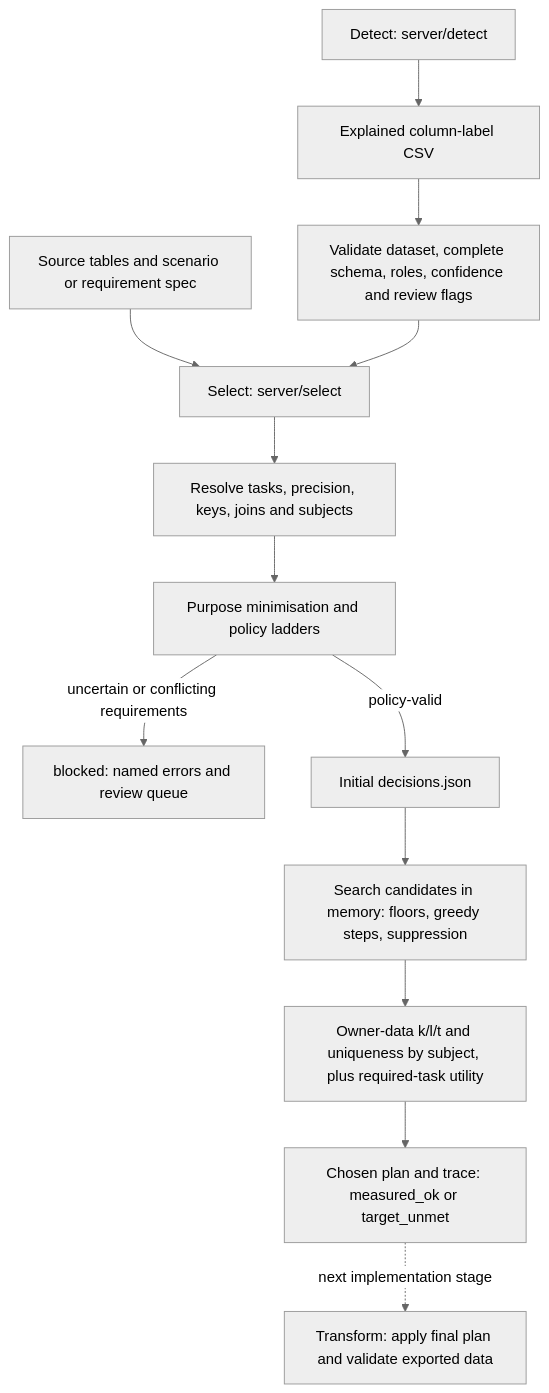
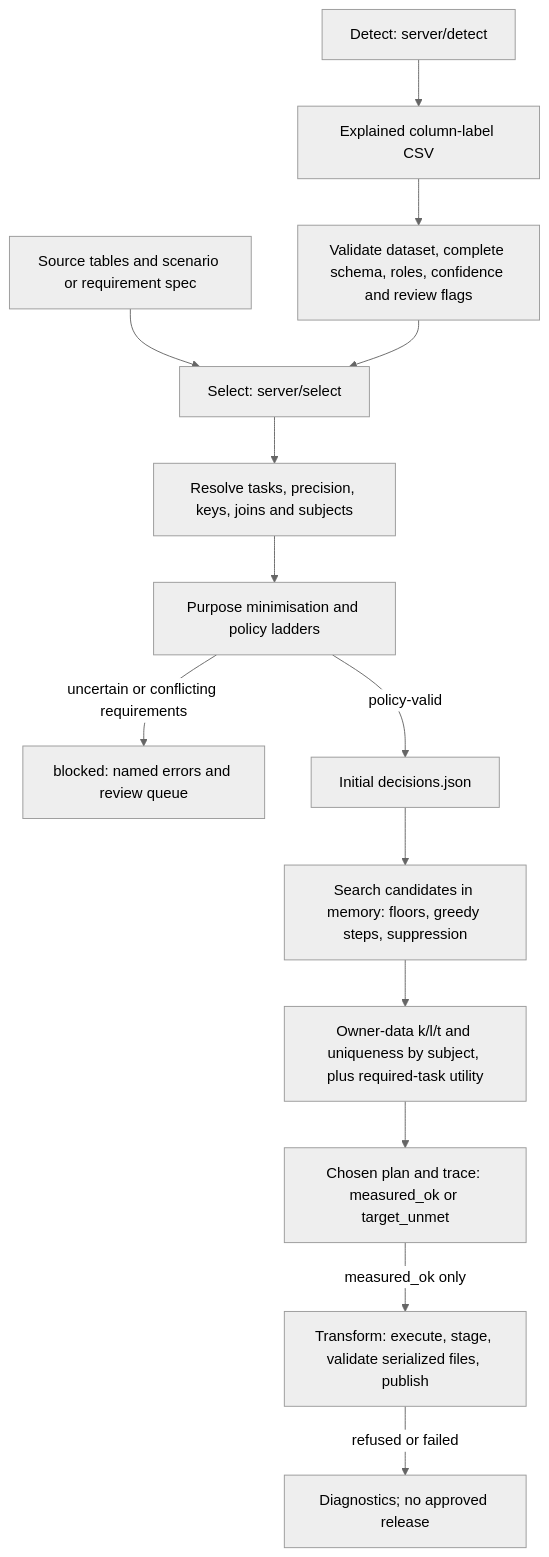
The diagram in combination.md (dedekeke/TRUSTED), drawn with Mermaid (neutral theme) before and after one commit. The commit also changed other lines of this file and 8 other files, not shown here.

````diff
--- a/combination.md
+++ b/combination.md
@@ -9,15 +9,16 @@
 ```mermaid
 flowchart TD
     D[Detect: server/detect] --> L[Explained column-label CSV]
     L --> V[Validate dataset, complete schema, roles, confidence and review flags]
     T[Source tables and scenario or requirement spec] --> S[Select: server/select]
     V --> S
     S --> R[Resolve tasks, precision, keys, joins and subjects]
     R --> P[Purpose minimisation and policy ladders]
     P -->|uncertain or conflicting requirements| B[blocked: named errors and review queue]
     P -->|policy-valid| I[Initial decisions.json]
     I --> M[Search candidates in memory: floors, greedy steps, suppression]
     M --> K[Owner-data k/l/t and uniqueness by subject, plus required-task utility]
     K --> O[Chosen plan and trace: measured_ok or target_unmet]
-    O -. next implementation stage .-> X[Transform: apply final plan and validate exported data]
+    O -->|measured_ok only| X[Transform: execute, stage, validate serialized files, publish]
+    X -->|refused or failed| Z[Diagnostics; no approved release]
 ```
````
